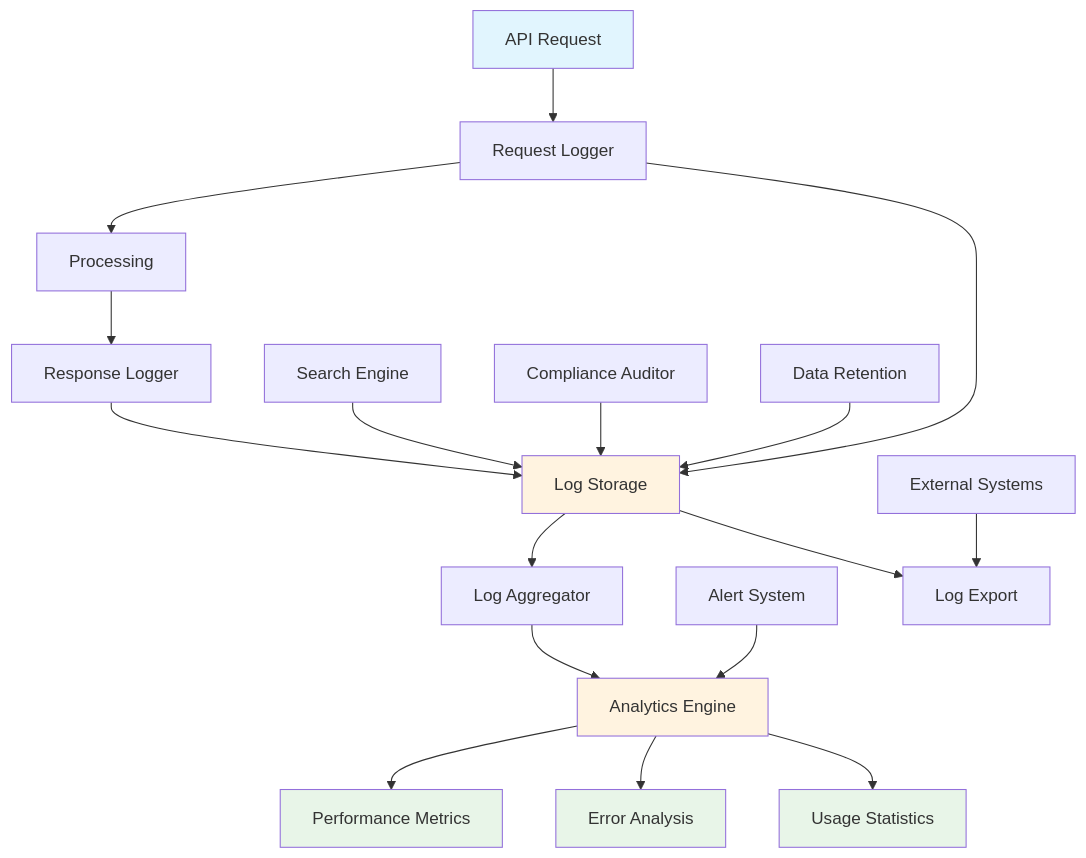
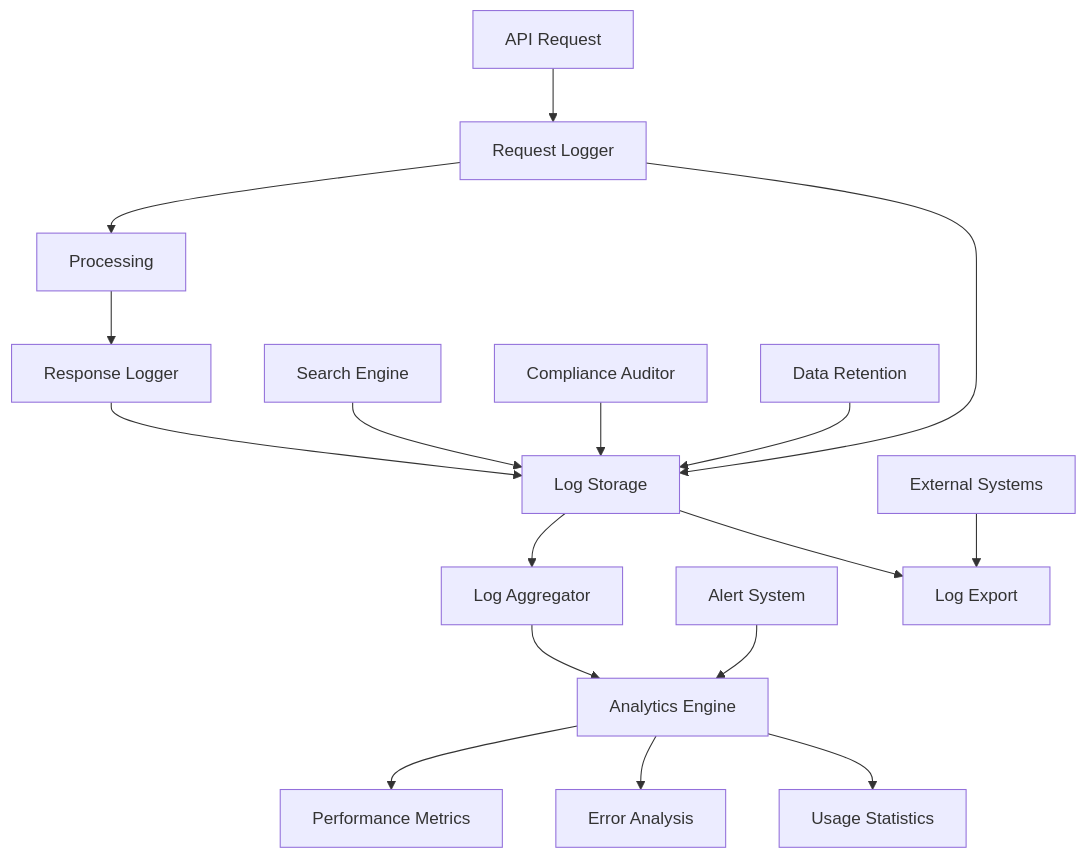
The diagram in apps/web/src/app/docs/products/api-logs/page.mdx (karrioapi/karrio), drawn with Mermaid before and after one commit. The commit also changed 34 other files, not shown here.

````diff
--- a/apps/web/src/app/docs/products/api-logs/page.mdx
+++ b/apps/web/src/app/docs/products/api-logs/page.mdx
@@ -67,32 +67,27 @@
 ```mermaid
 flowchart TD
     A[API Request] --> B[Request Logger]
     B --> C[Processing]
     C --> D[Response Logger]
 
     B --> E[Log Storage]
     D --> E
 
     E --> F[Log Aggregator]
     F --> G[Analytics Engine]
 
     G --> H[Performance Metrics]
     G --> I[Error Analysis]
     G --> J[Usage Statistics]
 
     K[Search Engine] --> E
     L[Alert System] --> G
 
     M[External Systems] --> N[Log Export]
     E --> N
 
     O[Compliance Auditor] --> E
     P[Data Retention] --> E
 
-    style A fill:#e1f5fe
-    style E fill:#fff3e0
-    style G fill:#fff3e0
-    style H fill:#e8f5e8
-    style I fill:#e8f5e8
-    style J fill:#e8f5e8
+    
 ```
````
